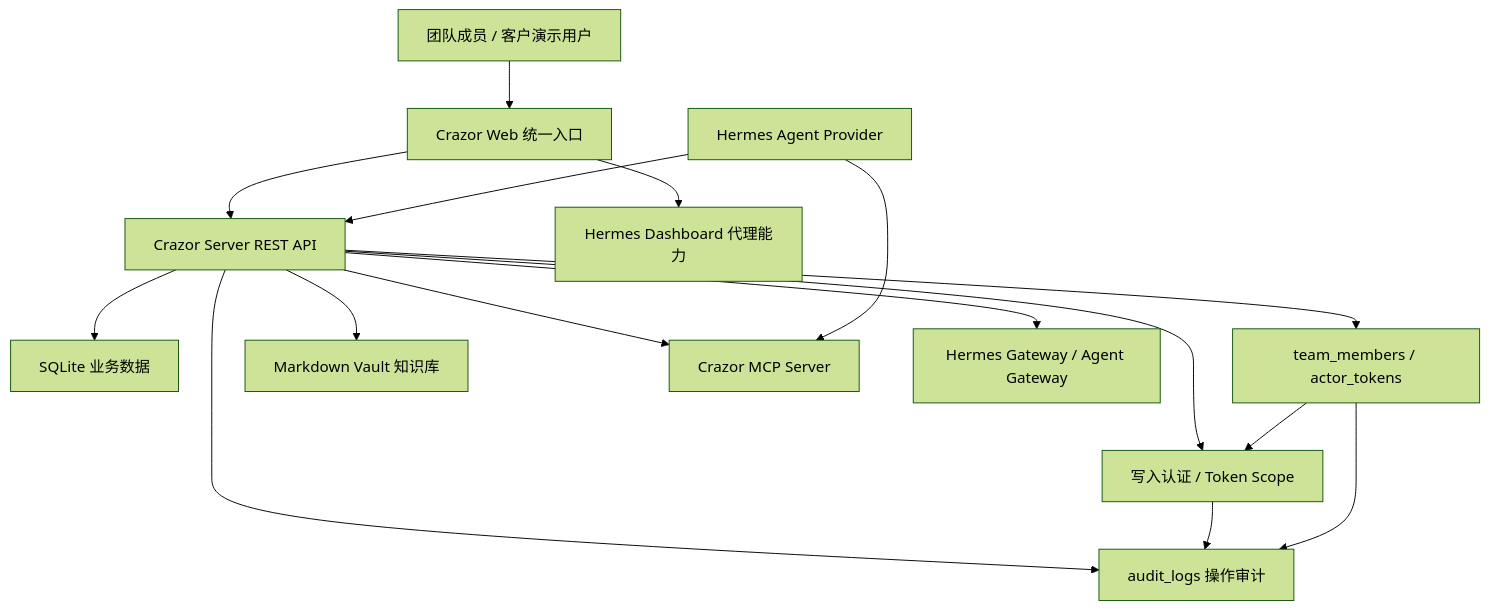
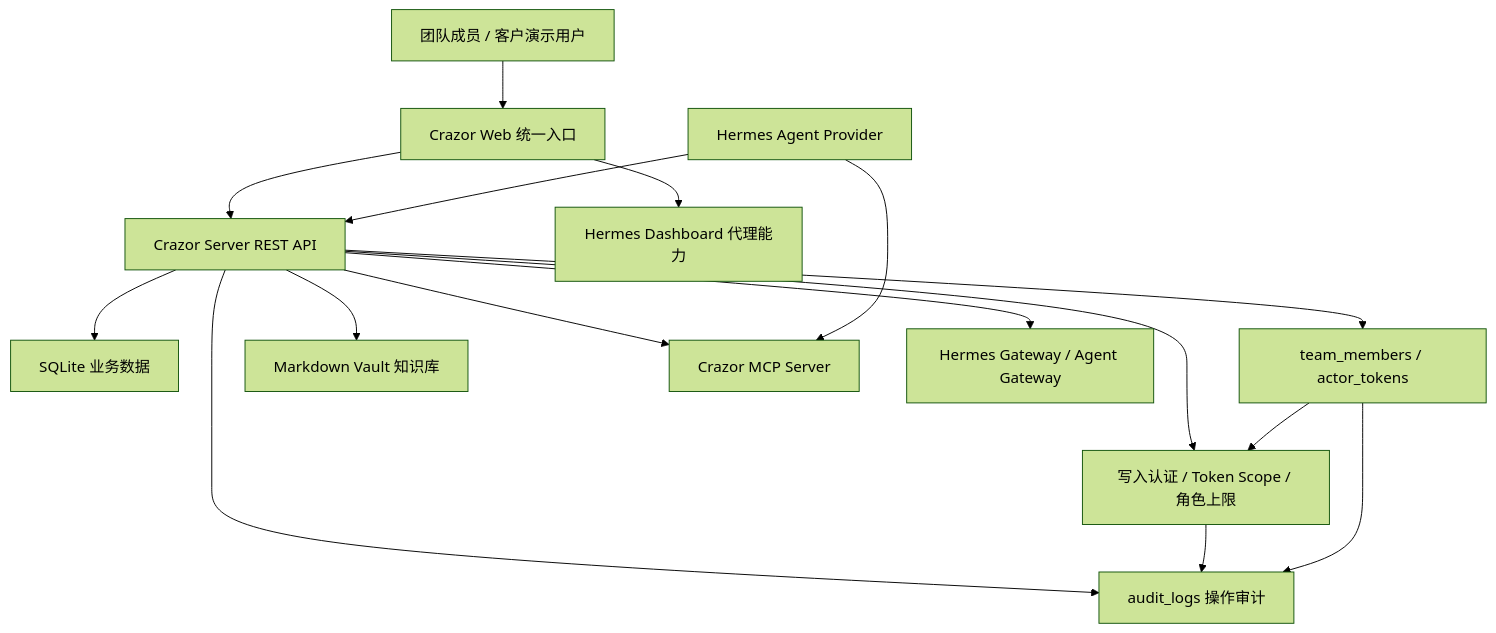
The first of 4 diagrams in docs/audit/product-function-map.md (superxia01/Crazor), drawn with Mermaid (forest theme) before and after one commit. The commit also changed other lines of this file and 4 other files, not shown here.

````diff
--- a/docs/audit/product-function-map.md
+++ b/docs/audit/product-function-map.md
@@ -7,18 +7,18 @@
 ```mermaid
 graph TD
   User["团队成员 / 客户演示用户"] --> Web["Crazor Web 统一入口"]
   Web --> Server["Crazor Server REST API"]
   Web --> HermesDashboard["Hermes Dashboard 代理能力"]
   Server --> DB["SQLite 业务数据"]
   Server --> Identity["team_members / actor_tokens"]
-  Server --> Permission["写入认证 / Token Scope"]
+  Server --> Permission["写入认证 / Token Scope / 角色上限"]
   Server --> Audit["audit_logs 操作审计"]
   Server --> Vault["Markdown Vault 知识库"]
   Server --> MCP["Crazor MCP Server"]
   Hermes["Hermes Agent Provider"] --> MCP
   Hermes --> Server
   Server --> HermesGateway["Hermes Gateway / Agent Gateway"]
   Identity --> Permission
   Permission --> Audit
   Identity --> Audit
 ```
````
